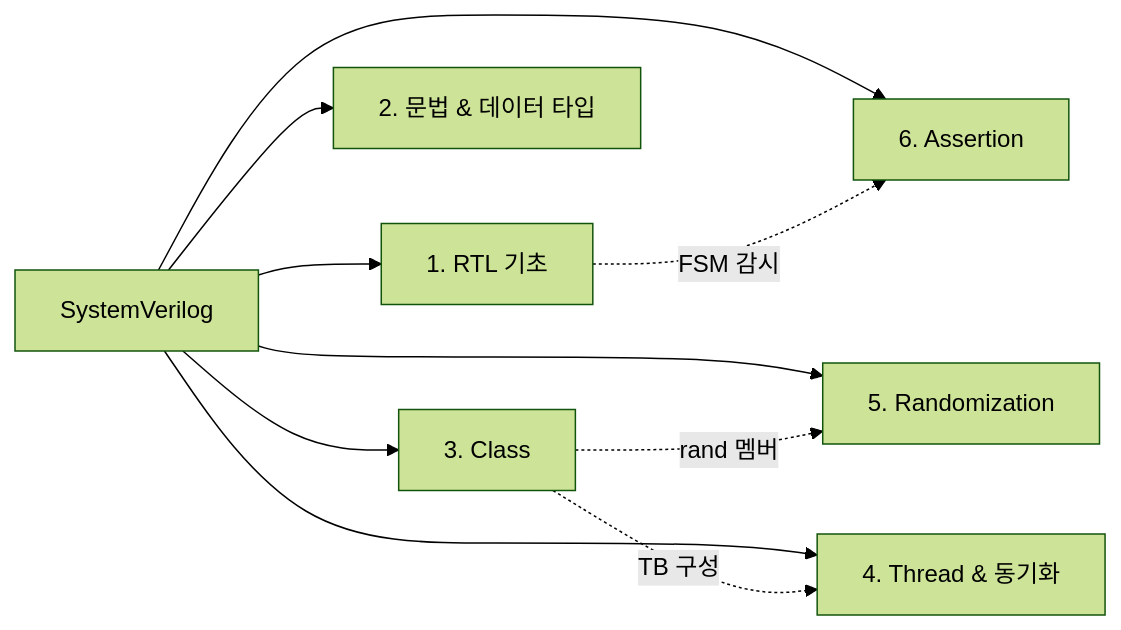
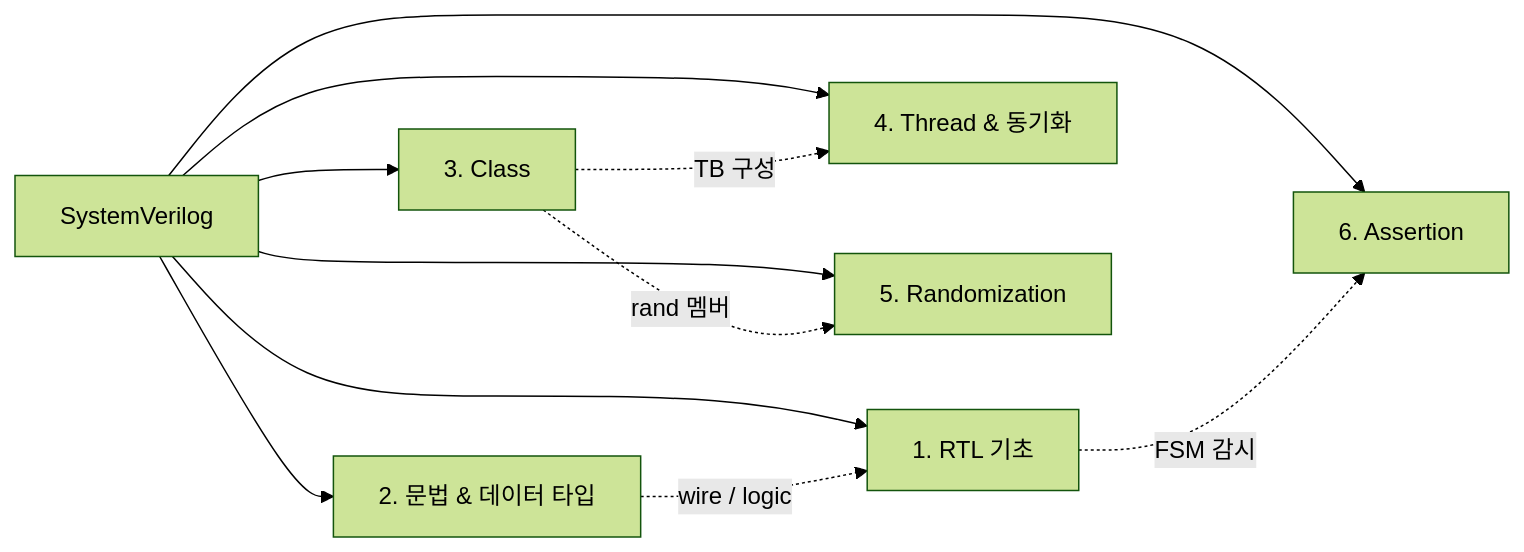
One commit to jaewoo9912/JDVS changed the diagram in docs/dv/sv/index.md. Above: the diagram before and after it, drawn with Mermaid (forest theme). The commit also changed other lines of this file and 8 other files, not shown here.

Commit message:
[+] Add SV procedural blocks, wire/reg/logic, X vs Z notes

````diff
--- a/docs/dv/sv/index.md
+++ b/docs/dv/sv/index.md
@@ -22,12 +22,13 @@
 ```mermaid
 flowchart LR
   SV[SystemVerilog] --> RTL[1. RTL 기초]
   SV --> SYN[2. 문법 & 데이터 타입]
   SV --> CLS[3. Class]
   SV --> THR[4. Thread & 동기화]
   SV --> RND[5. Randomization]
   SV --> SVA[6. Assertion]
   RTL -. "FSM 감시" .-> SVA
+  SYN -. "wire / logic" .-> RTL
   CLS -. "rand 멤버" .-> RND
   CLS -. "TB 구성" .-> THR
 ```
````
